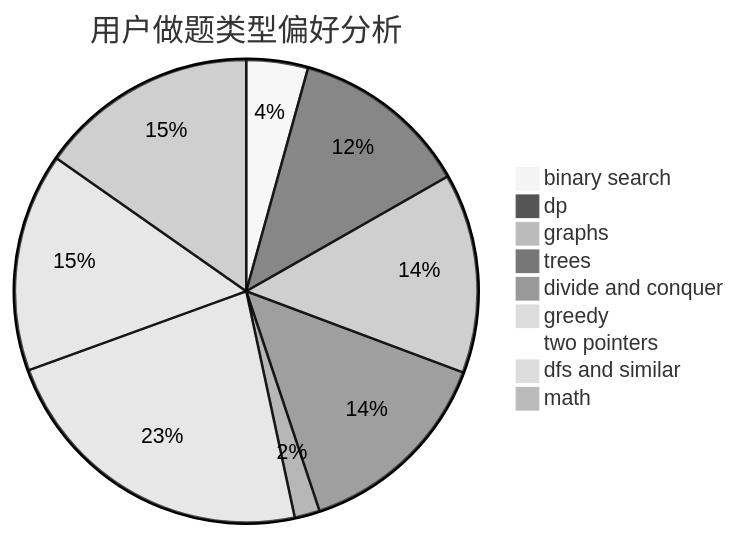
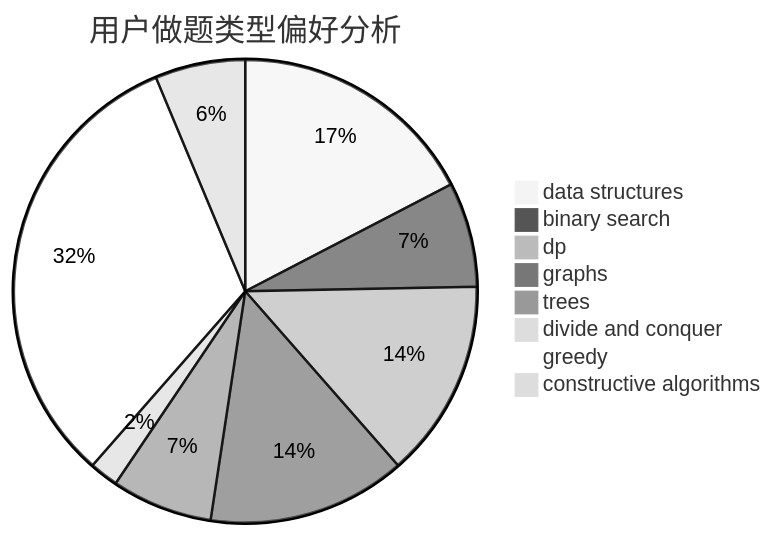
One commit to sherpahu/cfrs.github.io changed the second of 3 diagrams in docs/user/u1091.md. Above: the diagram before and after it, drawn with Mermaid (neutral theme). The commit also changed other lines of this file and 2775 other files, not shown here.

````diff
--- a/docs/user/u1091.md
+++ b/docs/user/u1091.md
@@ -23,12 +23,11 @@
 ```mermaid
 pie title 用户做题类型偏好分析
-    "binary search" :  78
-    "dp" :  226
-    "graphs" :  253
-    "trees" :  257
-    "divide and conquer" :  32
-    "greedy" :  414
-    "two pointers" :  18
-    "dfs and similar" :  277
-    "math" :  277
+    "data structures" :  69
+    "binary search" :  29
+    "dp" :  55
+    "graphs" :  55
+    "trees" :  28
+    "divide and conquer" :  8
+    "greedy" :  128
+    "constructive algorithms" :  25
 ```
````
